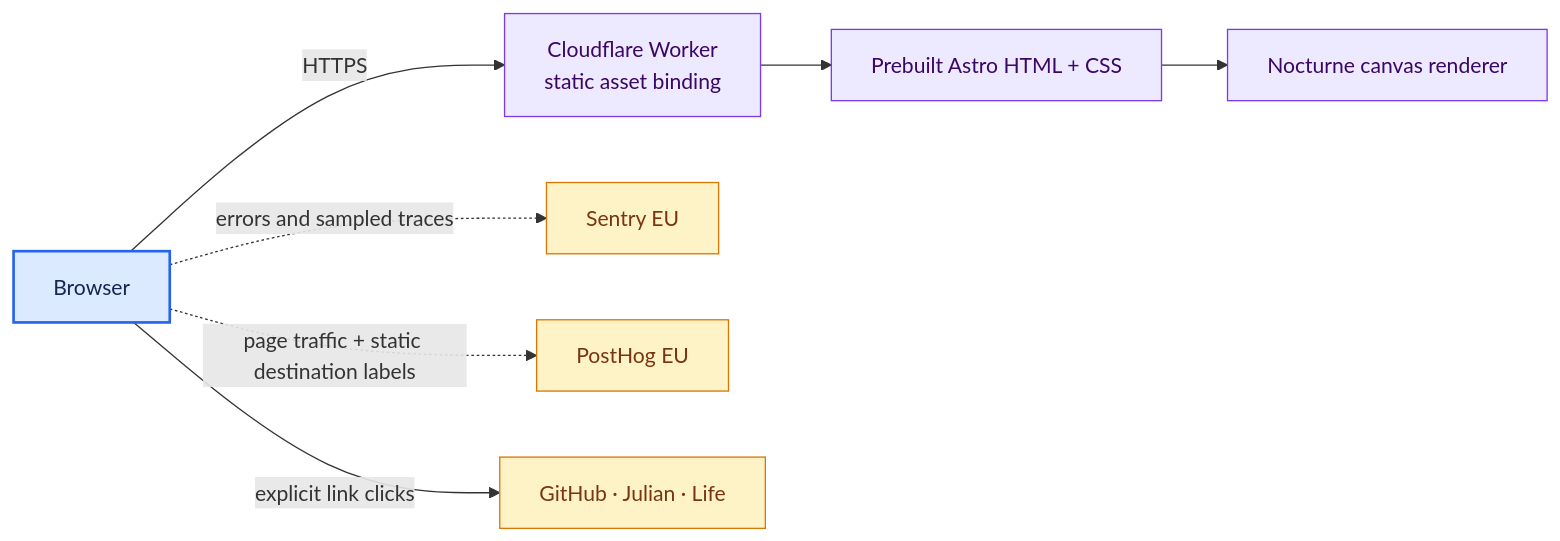
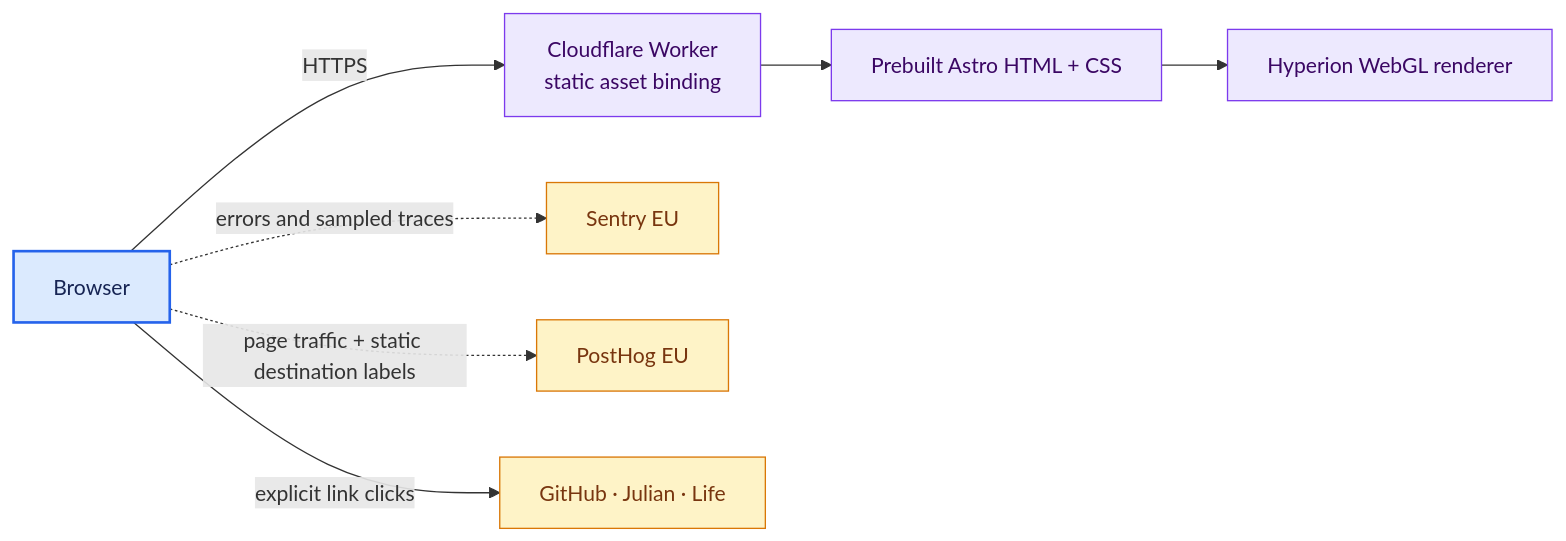
One commit to krmznkr/me changed the first of 4 diagrams in docs/architecture.md. Above: the diagram before and after it, drawn with Mermaid. The commit also changed other lines of this file and 10 other files, not shown here.

````diff
--- a/docs/architecture.md
+++ b/docs/architecture.md
@@ -10,23 +10,23 @@
 ```mermaid
 flowchart LR
   visitor["Browser"]
   edge["Cloudflare Worker<br/>static asset binding"]
   html["Prebuilt Astro HTML + CSS"]
-  nocturne["Nocturne canvas renderer"]
+  hyperion["Hyperion WebGL renderer"]
   sentry["Sentry EU"]
   posthog["PostHog EU"]
   external["GitHub · Julian · Life"]
 
   visitor -->|"HTTPS"| edge --> html
-  html --> nocturne
+  html --> hyperion
   visitor -->|"explicit link clicks"| external
   visitor -. errors and sampled traces .-> sentry
   visitor -. page traffic + static destination labels .-> posthog
 
   classDef client fill:#dbeafe,stroke:#2563eb,color:#172554,stroke-width:2px
   classDef edgeNode fill:#ede9fe,stroke:#7c3aed,color:#3b0764
   classDef externalNode fill:#fef3c7,stroke:#d97706,color:#78350f
   class visitor client
-  class edge,html,nocturne edgeNode
+  class edge,html,hyperion edgeNode
   class sentry,posthog,external externalNode
 ```
````
